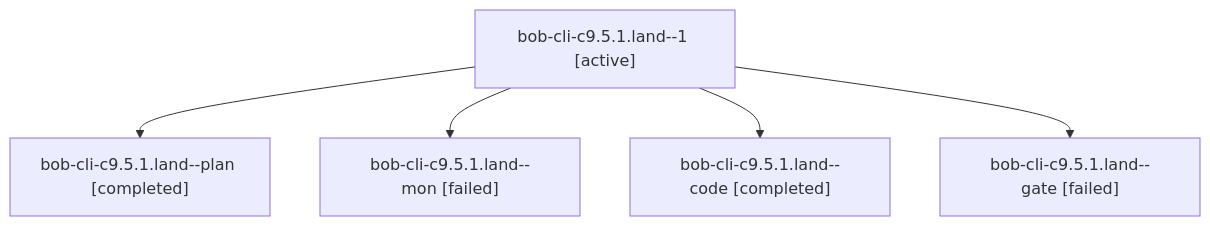
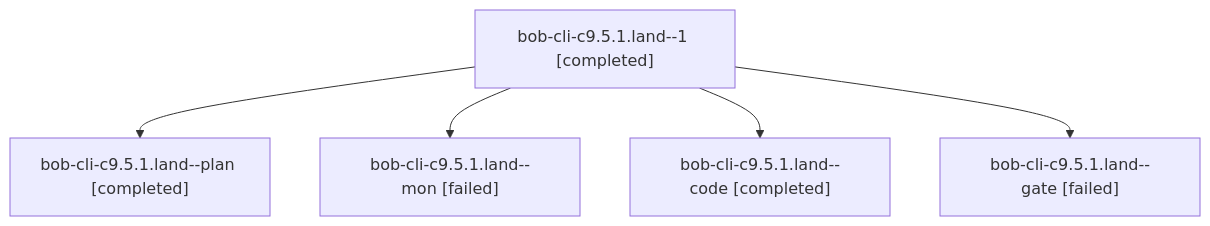
The diagram in sessions/bbugyi200.athena.bob-cli-c9.5.1.land.md (bobs-org/bob-cli--agents), drawn with Mermaid before and after one commit. The commit also changed other lines of this file and 109 other files, not shown here.

````diff
--- a/sessions/bbugyi200.athena.bob-cli-c9.5.1.land.md
+++ b/sessions/bbugyi200.athena.bob-cli-c9.5.1.land.md
@@ -9,12 +9,12 @@
 ```mermaid
 flowchart TD
-  n0["bob-cli-c9.5.1.land--1 [active]"]
+  n0["bob-cli-c9.5.1.land--1 [completed]"]
   n1["bob-cli-c9.5.1.land--plan [completed]"]
   n0 --> n1
   n2["bob-cli-c9.5.1.land--mon [failed]"]
   n0 --> n2
   n3["bob-cli-c9.5.1.land--code [completed]"]
   n0 --> n3
   n4["bob-cli-c9.5.1.land--gate [failed]"]
   n0 --> n4
 ```
````
